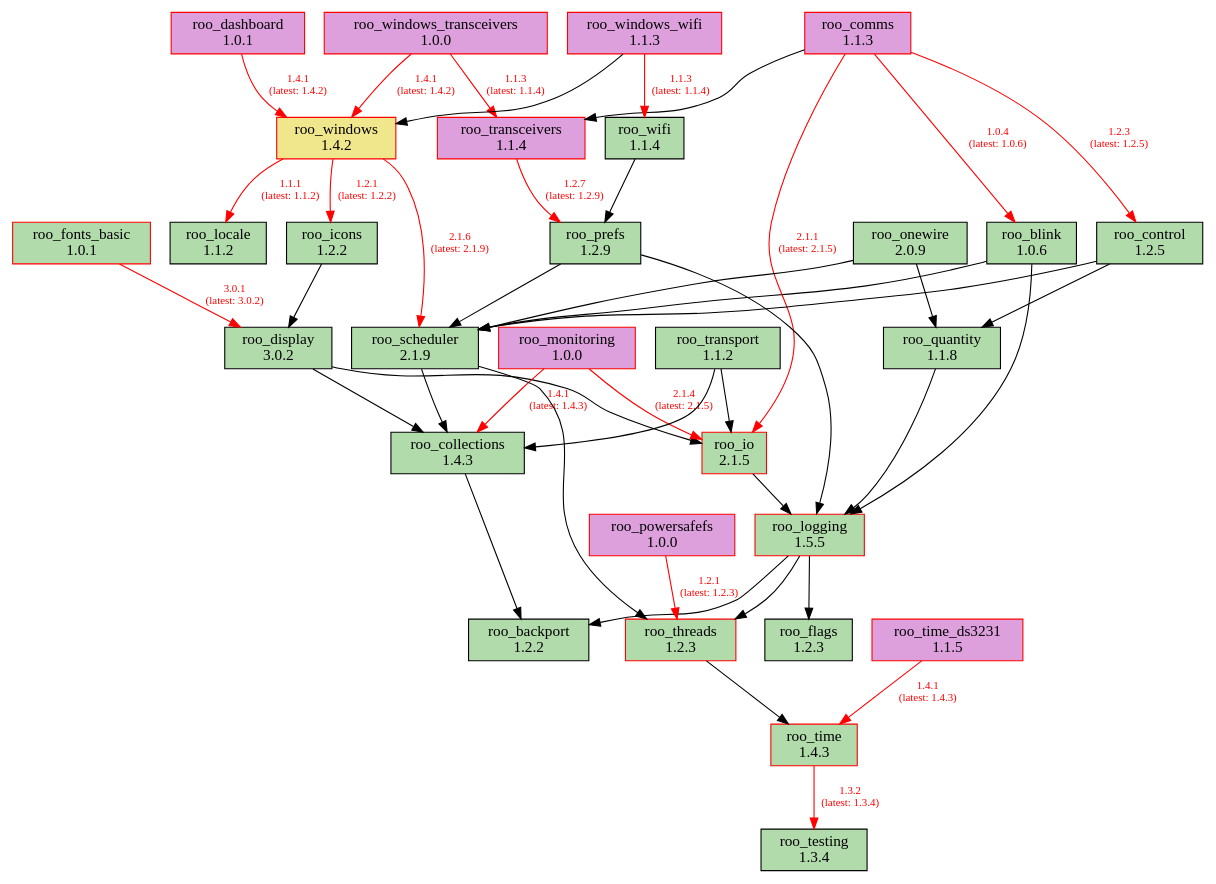
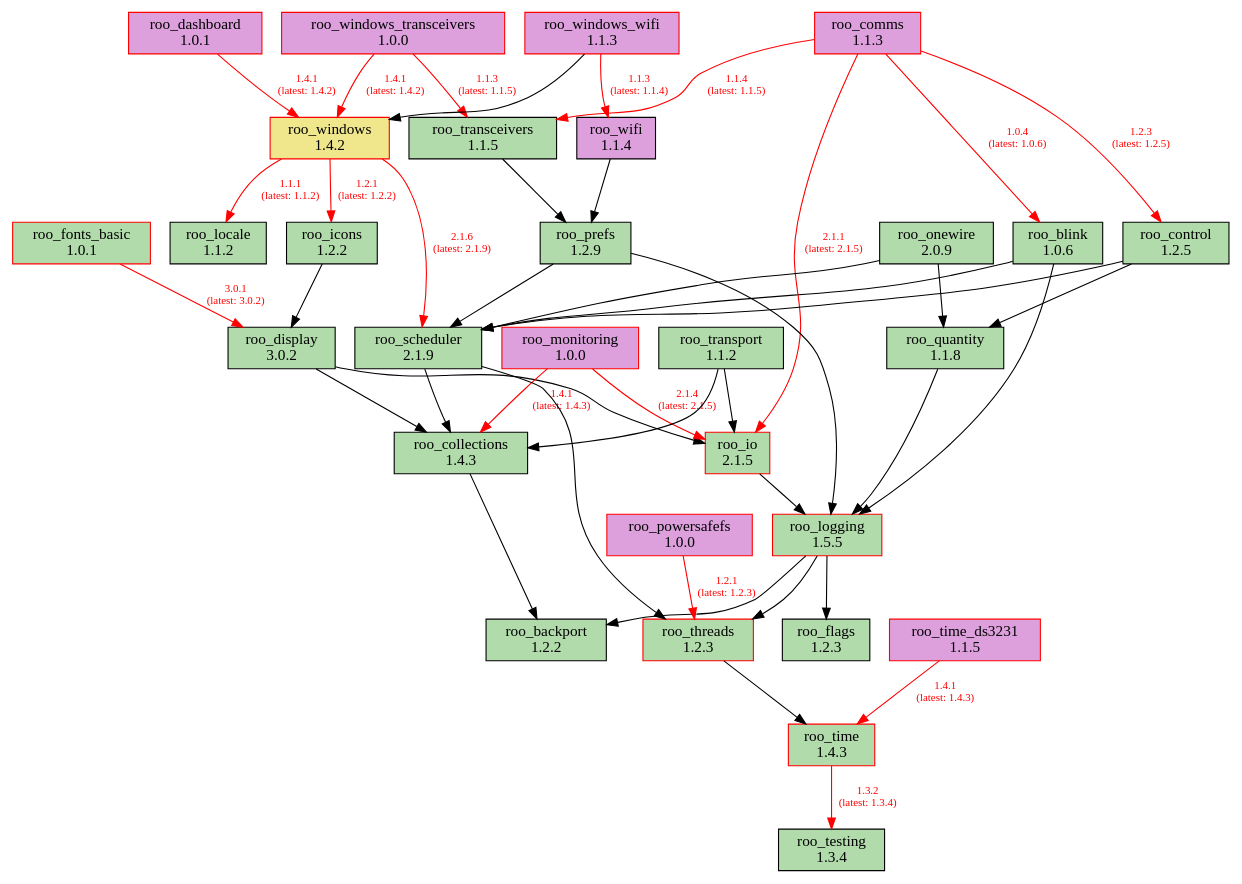
Before and after one commit to dejwk/roo-registry: the diagram in doc/dependencies.dot, drawn with Graphviz. The commit also changed 3 other files, not shown here.

Commit message:
Added roo_transceivers 1.1.5 to the registry.

```diff
--- a/doc/dependencies.dot
+++ b/doc/dependencies.dot
@@ -1,80 +1,80 @@
 digraph dependencies {
     rankdir=TB;
     node [shape=box, style=filled];
     edge [fontsize=10];
 
     // Modules
     "roo_backport" [label="roo_backport\n1.2.2", fillcolor="#b1dbab", color="black"];
     "roo_blink" [label="roo_blink\n1.0.6", fillcolor="#b1dbab", color="black"];
     "roo_collections" [label="roo_collections\n1.4.3", fillcolor="#b1dbab", color="black"];
     "roo_comms" [label="roo_comms\n1.1.3", fillcolor="plum", color="red"];
     "roo_control" [label="roo_control\n1.2.5", fillcolor="#b1dbab", color="black"];
     "roo_dashboard" [label="roo_dashboard\n1.0.1", fillcolor="plum", color="red"];
     "roo_display" [label="roo_display\n3.0.2", fillcolor="#b1dbab", color="black"];
     "roo_flags" [label="roo_flags\n1.2.3", fillcolor="#b1dbab", color="black"];
     "roo_fonts_basic" [label="roo_fonts_basic\n1.0.1", fillcolor="#b1dbab", color="red"];
     "roo_icons" [label="roo_icons\n1.2.2", fillcolor="#b1dbab", color="black"];
     "roo_io" [label="roo_io\n2.1.5", fillcolor="#b1dbab", color="red"];
     "roo_locale" [label="roo_locale\n1.1.2", fillcolor="#b1dbab", color="black"];
     "roo_logging" [label="roo_logging\n1.5.5", fillcolor="#b1dbab", color="red"];
     "roo_monitoring" [label="roo_monitoring\n1.0.0", fillcolor="plum", color="red"];
     "roo_onewire" [label="roo_onewire\n2.0.9", fillcolor="#b1dbab", color="black"];
     "roo_powersafefs" [label="roo_powersafefs\n1.0.0", fillcolor="plum", color="red"];
     "roo_prefs" [label="roo_prefs\n1.2.9", fillcolor="#b1dbab", color="black"];
     "roo_quantity" [label="roo_quantity\n1.1.8", fillcolor="#b1dbab", color="black"];
     "roo_scheduler" [label="roo_scheduler\n2.1.9", fillcolor="#b1dbab", color="black"];
     "roo_testing" [label="roo_testing\n1.3.4", fillcolor="#b1dbab", color="black"];
     "roo_threads" [label="roo_threads\n1.2.3", fillcolor="#b1dbab", color="red"];
     "roo_time" [label="roo_time\n1.4.3", fillcolor="#b1dbab", color="red"];
     "roo_time_ds3231" [label="roo_time_ds3231\n1.1.5", fillcolor="plum", color="red"];
-    "roo_transceivers" [label="roo_transceivers\n1.1.4", fillcolor="plum", color="red"];
+    "roo_transceivers" [label="roo_transceivers\n1.1.5", fillcolor="#b1dbab", color="black"];
     "roo_transport" [label="roo_transport\n1.1.2", fillcolor="#b1dbab", color="black"];
-    "roo_wifi" [label="roo_wifi\n1.1.4", fillcolor="#b1dbab", color="black"];
+    "roo_wifi" [label="roo_wifi\n1.1.4", fillcolor="plum", color="black"];
     "roo_windows" [label="roo_windows\n1.4.2", fillcolor="khaki", color="red"];
     "roo_windows_transceivers" [label="roo_windows_transceivers\n1.0.0", fillcolor="plum", color="red"];
     "roo_windows_wifi" [label="roo_windows_wifi\n1.1.3", fillcolor="plum", color="red"];
 
     // Dependencies
     "roo_blink" -> "roo_logging";
     "roo_blink" -> "roo_scheduler";
     "roo_collections" -> "roo_backport";
     "roo_comms" -> "roo_blink" [color=red, fontcolor=red, label="1.0.4\n(latest: 1.0.6)"];
     "roo_comms" -> "roo_control" [color=red, fontcolor=red, label="1.2.3\n(latest: 1.2.5)"];
     "roo_comms" -> "roo_io" [color=red, fontcolor=red, label="2.1.1\n(latest: 2.1.5)"];
-    "roo_comms" -> "roo_transceivers";
+    "roo_comms" -> "roo_transceivers" [color=red, fontcolor=red, label="1.1.4\n(latest: 1.1.5)"];
     "roo_control" -> "roo_quantity";
     "roo_control" -> "roo_scheduler";
     "roo_dashboard" -> "roo_windows" [color=red, fontcolor=red, label="1.4.1\n(latest: 1.4.2)"];
     "roo_display" -> "roo_collections";
     "roo_display" -> "roo_io";
     "roo_fonts_basic" -> "roo_display" [color=red, fontcolor=red, label="3.0.1\n(latest: 3.0.2)"];
     "roo_icons" -> "roo_display";
     "roo_io" -> "roo_logging";
     "roo_logging" -> "roo_backport";
     "roo_logging" -> "roo_flags";
     "roo_logging" -> "roo_threads";
     "roo_monitoring" -> "roo_collections" [color=red, fontcolor=red, label="1.4.1\n(latest: 1.4.3)"];
     "roo_monitoring" -> "roo_io" [color=red, fontcolor=red, label="2.1.4\n(latest: 2.1.5)"];
     "roo_onewire" -> "roo_scheduler";
     "roo_onewire" -> "roo_quantity";
     "roo_powersafefs" -> "roo_threads" [color=red, fontcolor=red, label="1.2.1\n(latest: 1.2.3)"];
     "roo_prefs" -> "roo_logging";
     "roo_prefs" -> "roo_scheduler";
     "roo_quantity" -> "roo_logging";
     "roo_scheduler" -> "roo_collections";
     "roo_scheduler" -> "roo_threads";
     "roo_threads" -> "roo_time";
     "roo_time" -> "roo_testing" [color=red, fontcolor=red, label="1.3.2\n(latest: 1.3.4)"];
     "roo_time_ds3231" -> "roo_time" [color=red, fontcolor=red, label="1.4.1\n(latest: 1.4.3)"];
-    "roo_transceivers" -> "roo_prefs" [color=red, fontcolor=red, label="1.2.7\n(latest: 1.2.9)"];
+    "roo_transceivers" -> "roo_prefs";
     "roo_transport" -> "roo_collections";
     "roo_transport" -> "roo_io";
     "roo_wifi" -> "roo_prefs";
     "roo_windows" -> "roo_locale" [color=red, fontcolor=red, label="1.1.1\n(latest: 1.1.2)"];
     "roo_windows" -> "roo_icons" [color=red, fontcolor=red, label="1.2.1\n(latest: 1.2.2)"];
     "roo_windows" -> "roo_scheduler" [color=red, fontcolor=red, label="2.1.6\n(latest: 2.1.9)"];
-    "roo_windows_transceivers" -> "roo_transceivers" [color=red, fontcolor=red, label="1.1.3\n(latest: 1.1.4)"];
+    "roo_windows_transceivers" -> "roo_transceivers" [color=red, fontcolor=red, label="1.1.3\n(latest: 1.1.5)"];
     "roo_windows_transceivers" -> "roo_windows" [color=red, fontcolor=red, label="1.4.1\n(latest: 1.4.2)"];
     "roo_windows_wifi" -> "roo_wifi" [color=red, fontcolor=red, label="1.1.3\n(latest: 1.1.4)"];
     "roo_windows_wifi" -> "roo_windows";
 }
```
